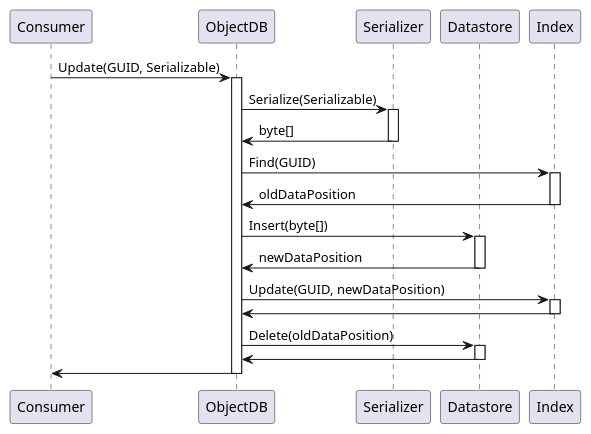
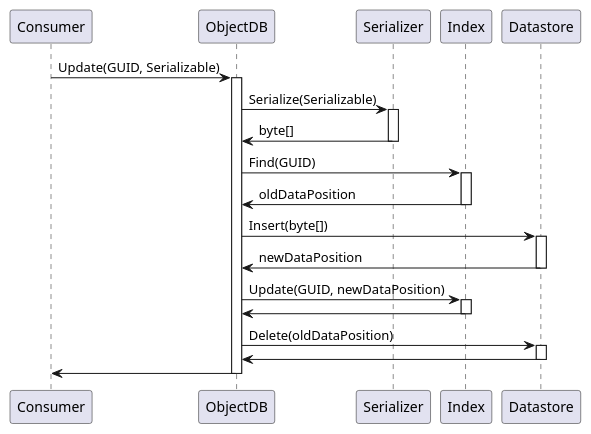
Before and after one commit to markus-wa/ObjectOrientedDB: the diagram in doc/sd-update.puml, drawn with PlantUML. The commit also changed other lines of this file, not shown here.

```diff
--- a/doc/sd-update.puml
+++ b/doc/sd-update.puml
@@ -1,27 +1,27 @@
 @startuml
 participant Consumer
 participant ObjectDB
 participant Serializer
+participant Index
 participant Datastore
-participant Index
 
 Consumer -> ObjectDB ++: Update(GUID, Serializable)
 
 ObjectDB  -> Serializer ++: Serialize(Serializable)
 Serializer -> ObjectDB --: byte[]
 
 ObjectDB -> Index ++: Find(GUID)
 Index -> ObjectDB --: oldDataPosition
 
 ObjectDB -> Datastore ++: Insert(byte[])
 Datastore -> ObjectDB --: newDataPosition
 
 ObjectDB -> Index ++: Update(GUID, newDataPosition)
 Index -> ObjectDB --
 
 ObjectDB -> Datastore ++: Delete(oldDataPosition)
 Datastore -> ObjectDB --
 
 ObjectDB -> Consumer --
 
 @enduml
```
